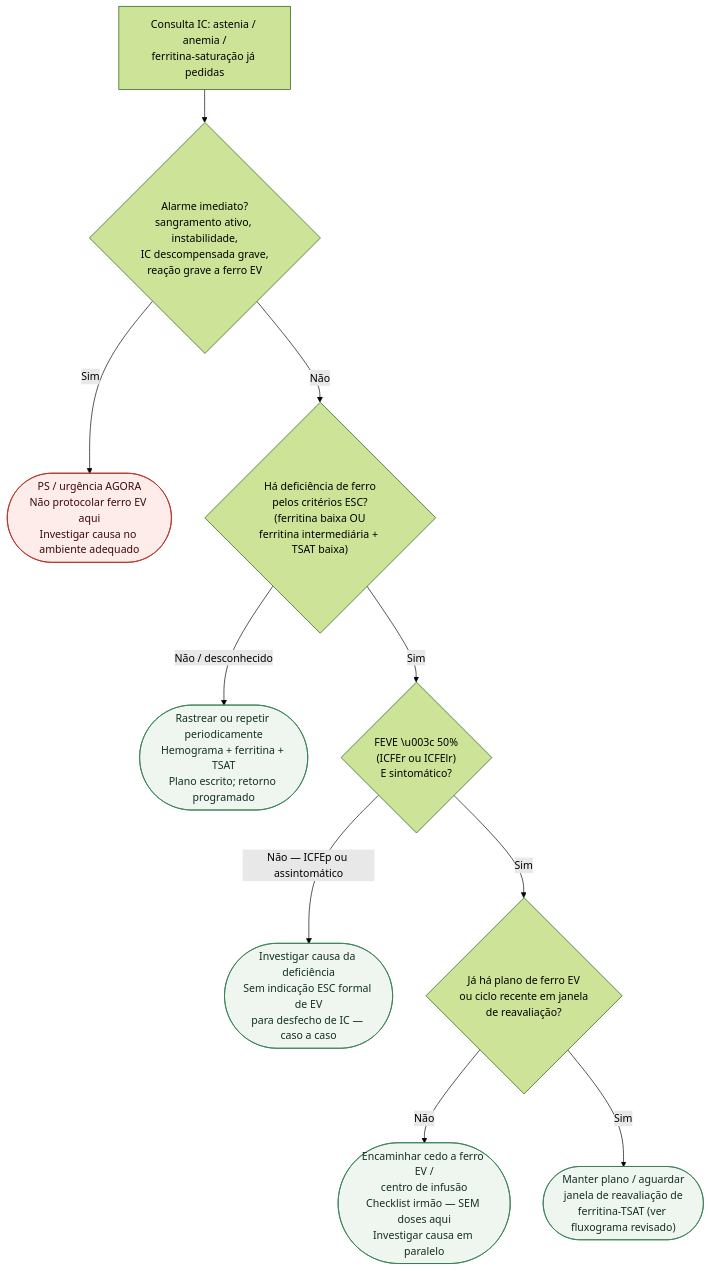
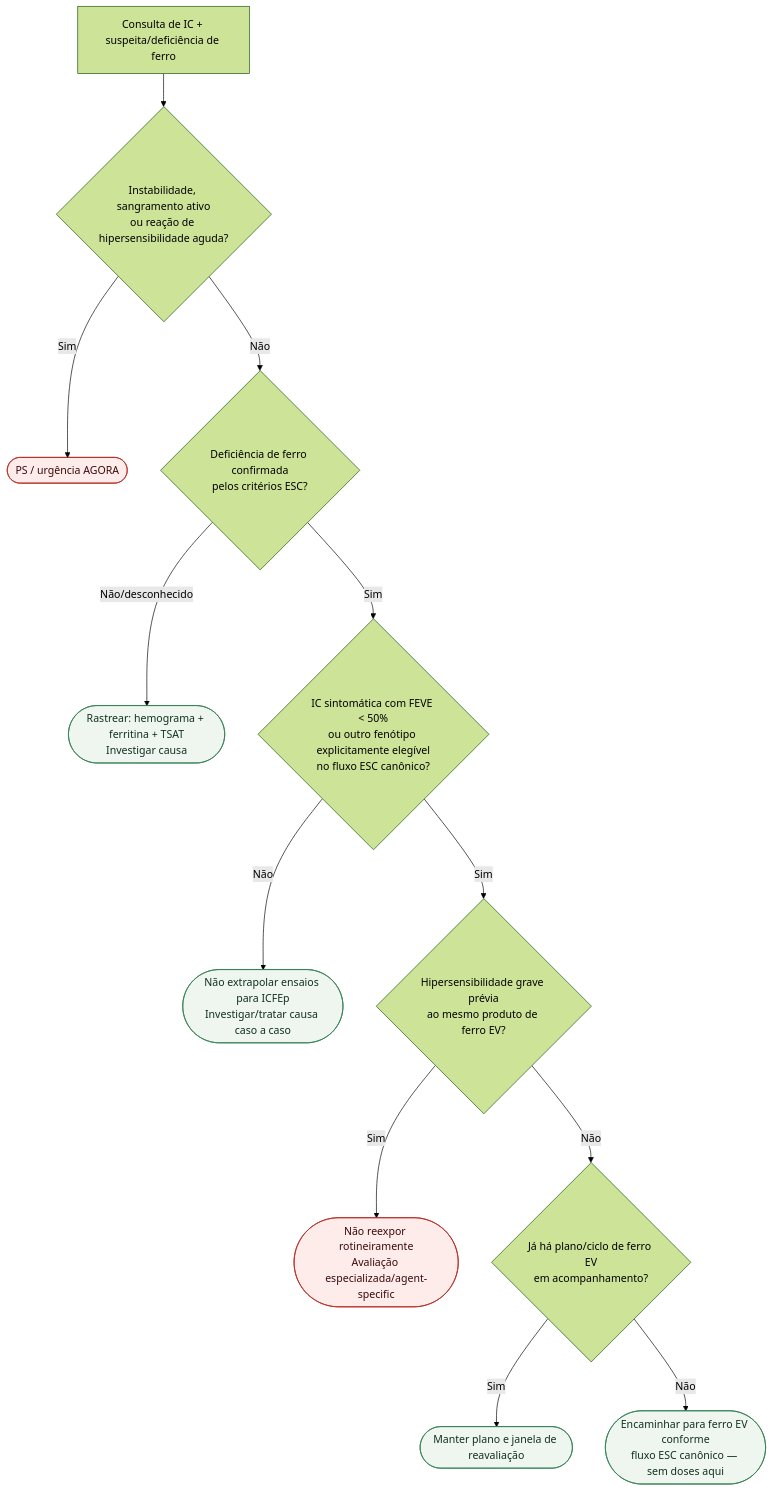
The diagram in content/Insuficiência_cardíaca/fluxograma-ambulatorial-deficiencia-de-ferro-destino.md (rafaelpaesmeirelles/MeuCardio), drawn with Mermaid (forest theme) before and after one commit. The commit also changed other lines of this file, not shown here.

Commit message:
fix(content): corrige fluxograma de ferro na IC

````diff
--- a/content/Insuficiência_cardíaca/fluxograma-ambulatorial-deficiencia-de-ferro-destino.md
+++ b/content/Insuficiência_cardíaca/fluxograma-ambulatorial-deficiencia-de-ferro-destino.md
@@ -22,25 +18,23 @@
 ```mermaid
 flowchart TD
-  R0["Consulta IC: astenia / anemia /\nferritina-saturação já pedidas"] --> D1{"Alarme imediato?\nsangramento ativo, instabilidade,\nIC descompensada grave,\nreação grave a ferro EV"}
+  R0["Consulta de IC + suspeita/deficiência de ferro"] --> D1{"Instabilidade, sangramento ativo<br/>ou reação de hipersensibilidade aguda?"}
+  D1 -->|"Sim"| C1(["PS / urgência AGORA"])
 
-  D1 -->|"Sim"| C1(["PS / urgência AGORA\nNão protocolar ferro EV aqui\nInvestigar causa no ambiente adequado"])
+  D1 -->|"Não"| D2{"Deficiência de ferro confirmada<br/>pelos critérios ESC?"}
+  D2 -->|"Não/desconhecido"| C2(["Rastrear: hemograma + ferritina + TSAT<br/>Investigar causa"])
 
-  D1 -->|"Não"| D2{"Há deficiência de ferro\npelos critérios ESC?\n(ferritina baixa OU\nferritina intermediária + TSAT baixa)"}
+  D2 -->|"Sim"| D3{"IC sintomática com FEVE &lt; 50%<br/>ou outro fenótipo explicitamente elegível<br/>no fluxo ESC canônico?"}
+  D3 -->|"Não"| C3(["Não extrapolar ensaios para ICFEp<br/>Investigar/tratar causa caso a caso"])
 
-  D2 -->|"Não / desconhecido"| C2(["Rastrear ou repetir periodicamente\nHemograma + ferritina + TSAT\nPlano escrito; retorno programado"])
+  D3 -->|"Sim"| D4{"Hipersensibilidade grave prévia<br/>ao mesmo produto de ferro EV?"}
+  D4 -->|"Sim"| C4(["Não reexpor rotineiramente<br/>Avaliação especializada/agent-specific"])
 
-  D2 -->|"Sim"| D3{"FEVE \u003c 50%\n(ICFEr ou ICFElr)\nE sintomático?"}
+  D4 -->|"Não"| D5{"Já há plano/ciclo de ferro EV<br/>em acompanhamento?"}
+  D5 -->|"Sim"| C5(["Manter plano e janela de reavaliação"])
+  D5 -->|"Não"| C6(["Encaminhar para ferro EV conforme<br/>fluxo ESC canônico — sem doses aqui"])
 
-  D3 -->|"Não — ICFEp ou assintomático"| C3(["Investigar causa da deficiência\nSem indicação ESC formal de EV\npara desfecho de IC — caso a caso"])
-
-  D3 -->|"Sim"| D4{"Já há plano de ferro EV\nou ciclo recente em janela\nde reavaliação?"}
-
-  D4 -->|"Não"| C4(["Encaminhar cedo a ferro EV /\ncentro de infusão\nChecklist irmão — SEM doses aqui\nInvestigar causa em paralelo"])
-
-  D4 -->|"Sim"| C5(["Manter plano / aguardar\njanela de reavaliação de\nferritina-TSAT (ver fluxograma revisado)"])
-
+  classDef alerta fill:#fdecea,stroke:#b3261e,color:#3b0a0a;
   classDef conduta fill:#eef6ef,stroke:#2f7a4f,color:#12301f;
-  classDef alerta fill:#fdecea,stroke:#b3261e,color:#3b0a0a;
-  class C1 alerta;
-  class C2,C3,C4,C5 conduta;
+  class C1,C4 alerta;
+  class C2,C3,C5,C6 conduta;
 ```
````
